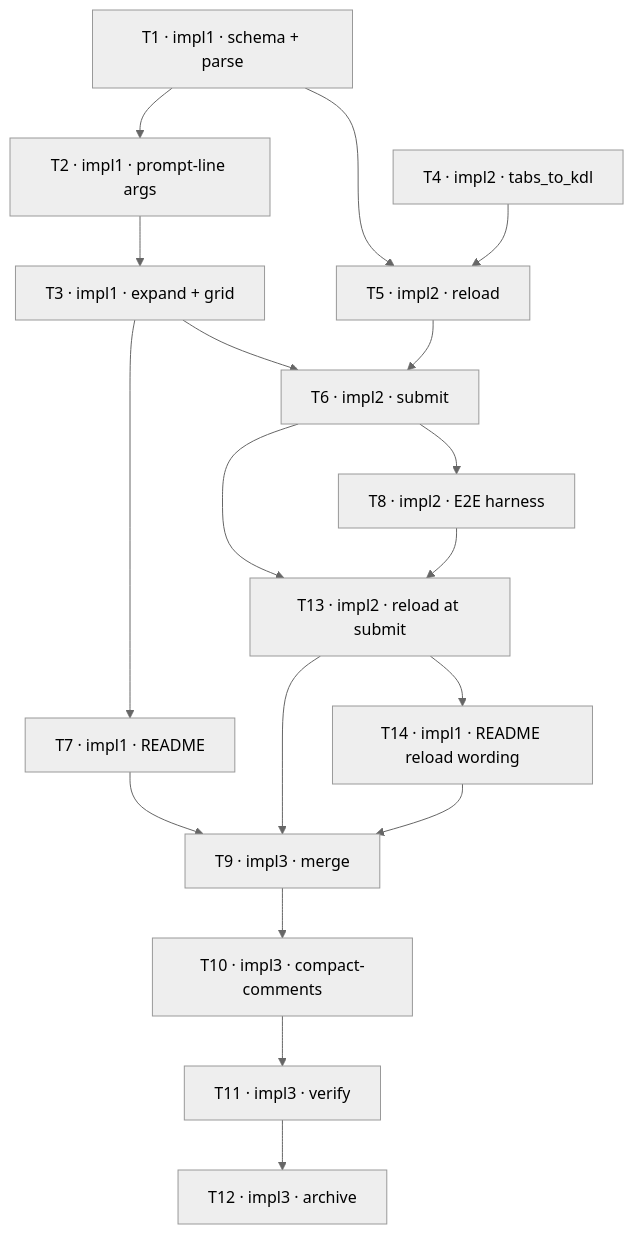
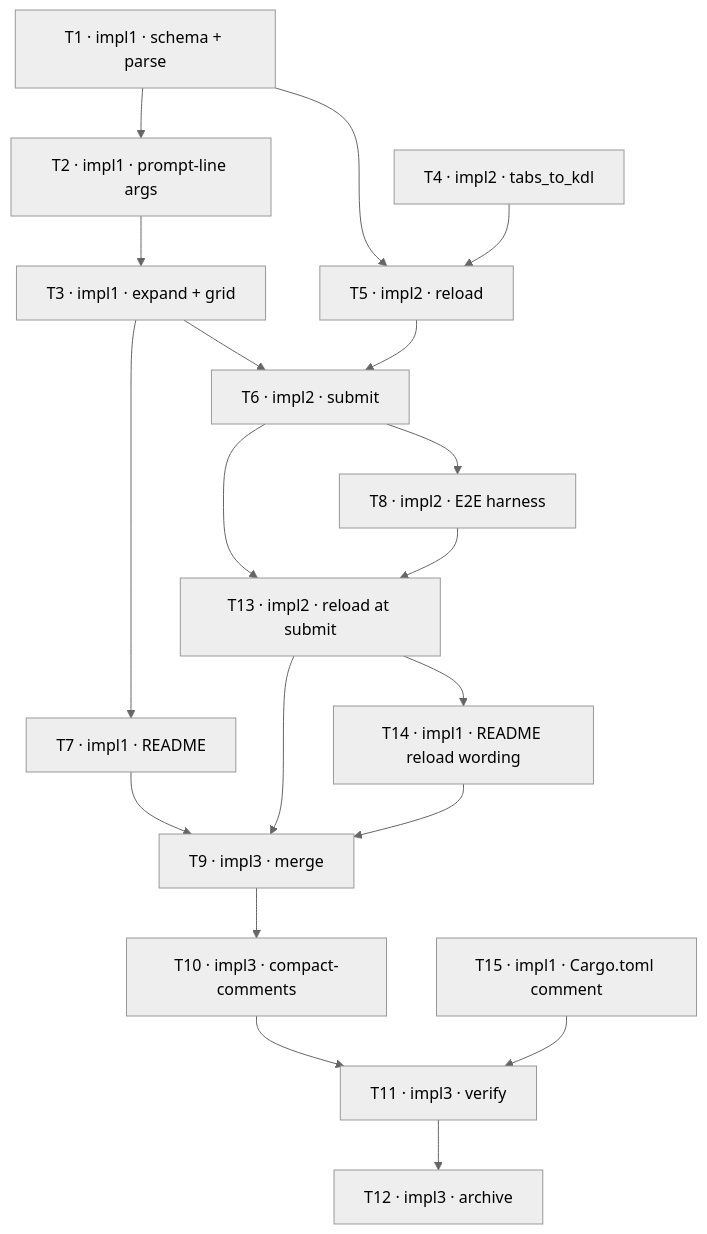
Before and after one commit to treekmk/zellaude: the diagram in CLAUDE_TODO-layout-generator.md, drawn with Mermaid (neutral theme). The commit also changed other lines of this file and 1 other file, not shown here.

First line of the commit message:
[revise] T15 corrects the Cargo.toml comment; last reload-trigger drift swept

````diff
--- a/CLAUDE_TODO-layout-generator.md
+++ b/CLAUDE_TODO-layout-generator.md
@@ -42,21 +43,22 @@
 ```mermaid
 graph TD
   T1[T1 · impl1 · schema + parse] --> T2[T2 · impl1 · prompt-line args]
   T2 --> T3[T3 · impl1 · expand + grid]
   T4[T4 · impl2 · tabs_to_kdl]
   T1 --> T5[T5 · impl2 · reload]
   T4 --> T5
   T3 --> T6[T6 · impl2 · submit]
   T5 --> T6
   T3 --> T7[T7 · impl1 · README]
   T6 --> T8[T8 · impl2 · E2E harness]
   T6 --> T13[T13 · impl2 · reload at submit]
   T8 --> T13
   T13 --> T14[T14 · impl1 · README reload wording]
   T7 --> T9[T9 · impl3 · merge]
   T13 --> T9
   T14 --> T9
   T9 --> T10[T10 · impl3 · compact-comments]
   T10 --> T11[T11 · impl3 · verify]
+  T15[T15 · impl1 · Cargo.toml comment] --> T11
   T11 --> T12[T12 · impl3 · archive]
 ```
````
